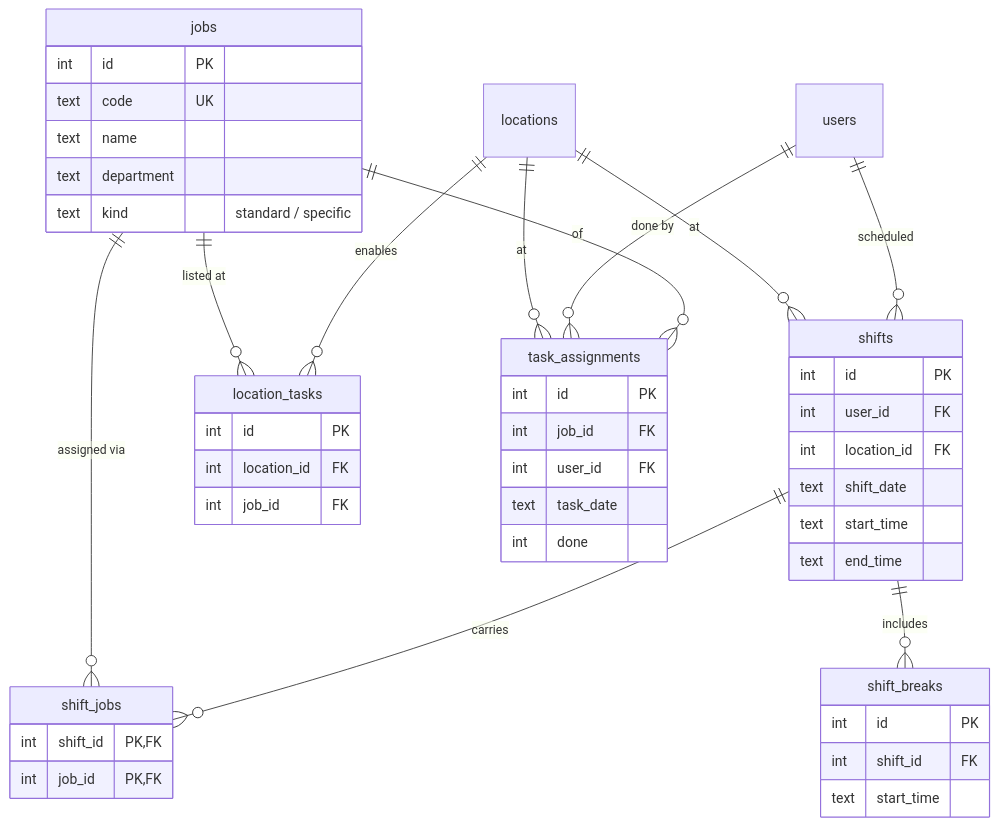
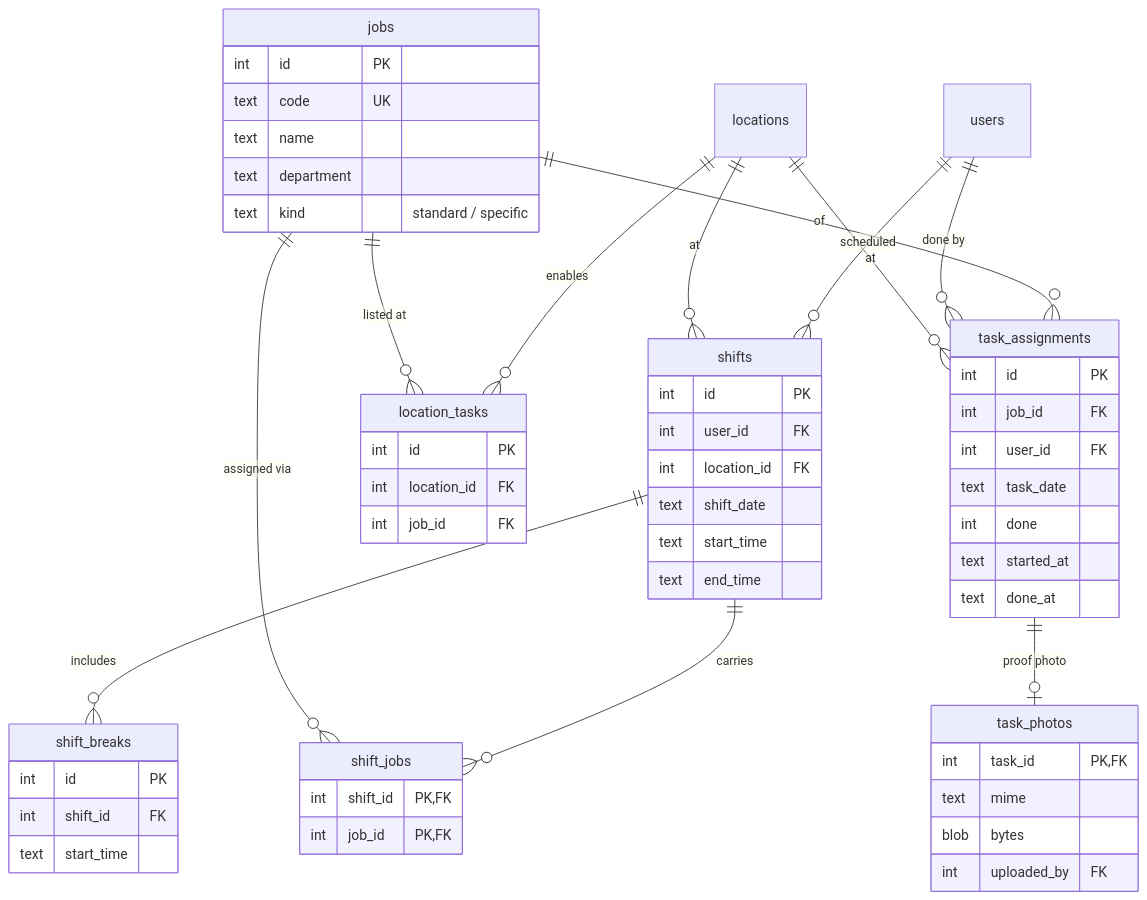
Before and after one commit to nolanle-gmail/pho-ha-noi: the fourth of 14 diagrams in docs/HANDBOOK.md, drawn with Mermaid. The commit also changed other lines of this file, not shown here.

First line of the commit message:
docs: handbook — day-task Start/Done + proof photo

````diff
--- a/docs/HANDBOOK.md
+++ b/docs/HANDBOOK.md
@@ -228,49 +230,58 @@
 ```mermaid
 erDiagram
   users ||--o{ shifts : "scheduled"
   locations ||--o{ shifts : "at"
   shifts ||--o{ shift_jobs : "carries"
   jobs ||--o{ shift_jobs : "assigned via"
   shifts ||--o{ shift_breaks : "includes"
   locations ||--o{ location_tasks : "enables"
   jobs ||--o{ location_tasks : "listed at"
   jobs ||--o{ task_assignments : "of"
   users ||--o{ task_assignments : "done by"
   locations ||--o{ task_assignments : "at"
+  task_assignments ||--o| task_photos : "proof photo"
   jobs {
     int id PK
     text code UK
     text name
     text department
     text kind "standard / specific"
   }
   shifts {
     int id PK
     int user_id FK
     int location_id FK
     text shift_date
     text start_time
     text end_time
   }
   shift_jobs {
     int shift_id PK,FK
     int job_id PK,FK
   }
   shift_breaks {
     int id PK
     int shift_id FK
     text start_time
   }
   task_assignments {
     int id PK
     int job_id FK
     int user_id FK
     text task_date
     int done
+    text started_at
+    text done_at
+  }
+  task_photos {
+    int task_id PK,FK
+    text mime
+    blob bytes
+    int uploaded_by FK
   }
   location_tasks {
     int id PK
     int location_id FK
     int job_id FK
   }
 ```
````
